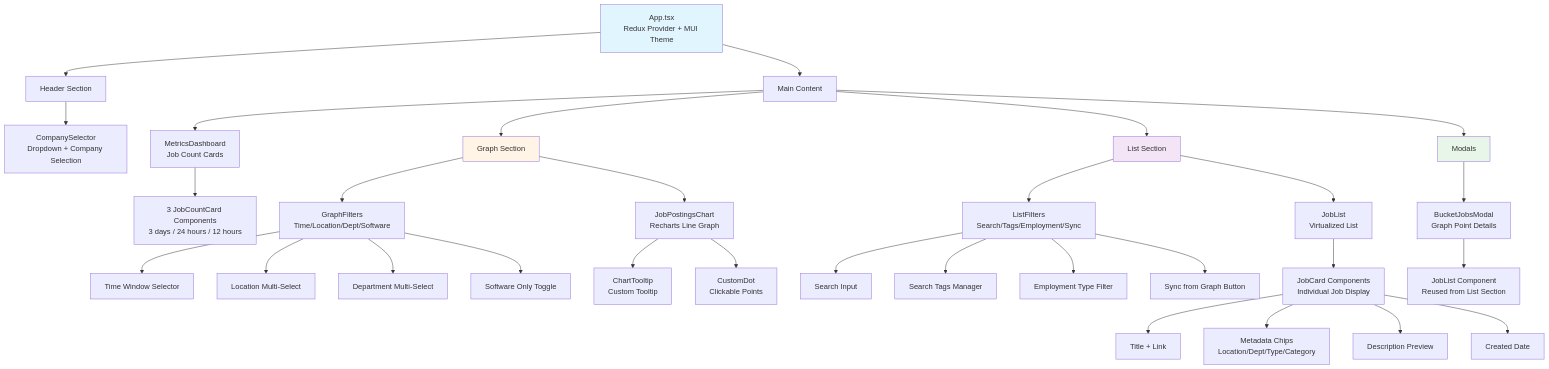
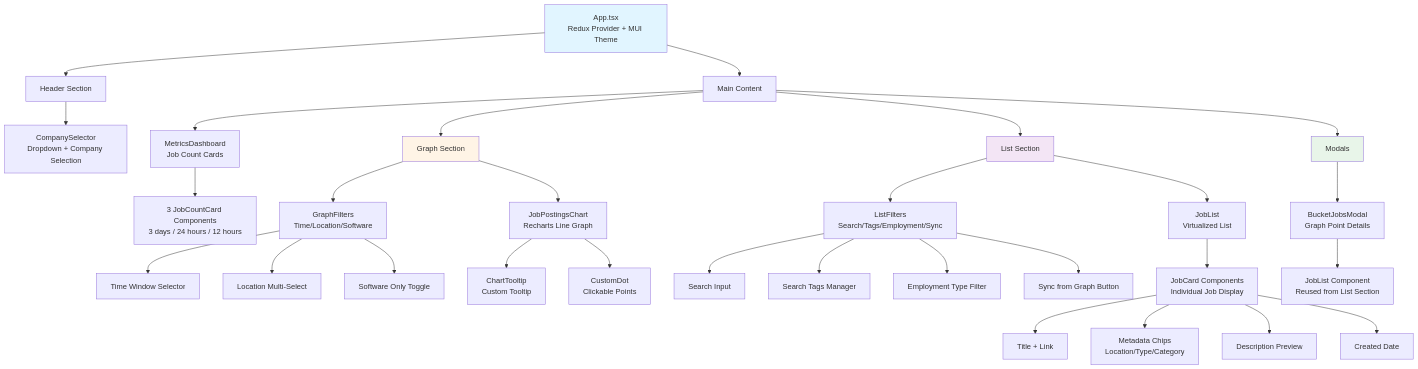
One commit to brendanpotter00/Job-Visualizer-Notifier changed the fifth of 8 diagrams in src/frontend/docs/architecture.md. Above: the diagram before and after it, drawn with Mermaid. The commit also changed other lines of this file and 147 other files, not shown here.

````diff
--- a/src/frontend/docs/architecture.md
+++ b/src/frontend/docs/architecture.md
@@ -271,51 +268,50 @@
 ```mermaid
 graph TB
     App[App.tsx<br/>Redux Provider + MUI Theme]
 
     App --> Header[Header Section]
     App --> Main[Main Content]
 
     Header --> CompSelector[CompanySelector<br/>Dropdown + Company Selection]
 
     Main --> MetricsDash[MetricsDashboard<br/>Job Count Cards]
     Main --> GraphSection[Graph Section]
     Main --> ListSection[List Section]
     Main --> Modals[Modals]
 
     MetricsDash --> JobCountCards[3 JobCountCard Components<br/>3 days / 24 hours / 12 hours]
 
-    GraphSection --> GraphFilters[GraphFilters<br/>Time/Location/Dept/Software]
+    GraphSection --> GraphFilters[GraphFilters<br/>Time/Location/Software]
     GraphSection --> JobPostingsChart[JobPostingsChart<br/>Recharts Line Graph]
 
     GraphFilters --> TimeWindowSelect[Time Window Selector]
     GraphFilters --> LocationFilter[Location Multi-Select]
-    GraphFilters --> DeptFilter[Department Multi-Select]
     GraphFilters --> SoftwareToggle[Software Only Toggle]
 
     JobPostingsChart --> ChartTooltip[ChartTooltip<br/>Custom Tooltip]
     JobPostingsChart --> CustomDot[CustomDot<br/>Clickable Points]
 
     ListSection --> ListFilters[ListFilters<br/>Search/Tags/Employment/Sync]
     ListSection --> JobList[JobList<br/>Virtualized List]
 
     ListFilters --> SearchInput[Search Input]
     ListFilters --> SearchTags[Search Tags Manager]
     ListFilters --> EmploymentFilter[Employment Type Filter]
     ListFilters --> SyncButton[Sync from Graph Button]
 
     JobList --> JobCards[JobCard Components<br/>Individual Job Display]
 
     JobCards --> JobTitle[Title + Link]
-    JobCards --> JobMeta[Metadata Chips<br/>Location/Dept/Type/Category]
+    JobCards --> JobMeta[Metadata Chips<br/>Location/Type/Category]
     JobCards --> JobDesc[Description Preview]
     JobCards --> JobTimestamp[Created Date]
 
     Modals --> BucketJobsModal[BucketJobsModal<br/>Graph Point Details]
 
     BucketJobsModal --> ModalJobList[JobList Component<br/>Reused from List Section]
 
     style App fill:#e1f5ff
     style GraphSection fill:#fff4e6
     style ListSection fill:#f3e5f5
     style Modals fill:#e8f5e9
 ```
````
